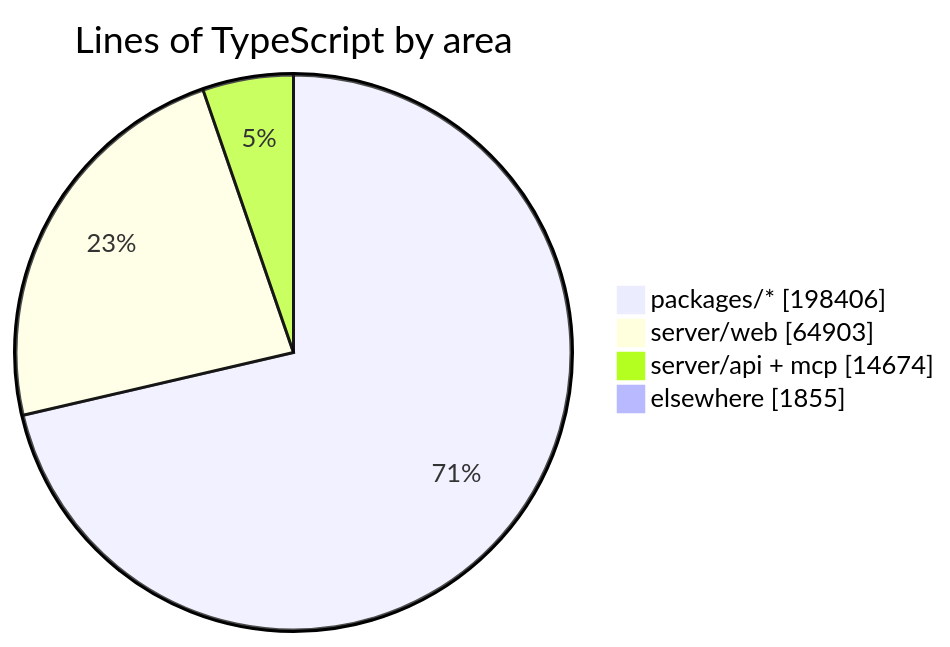
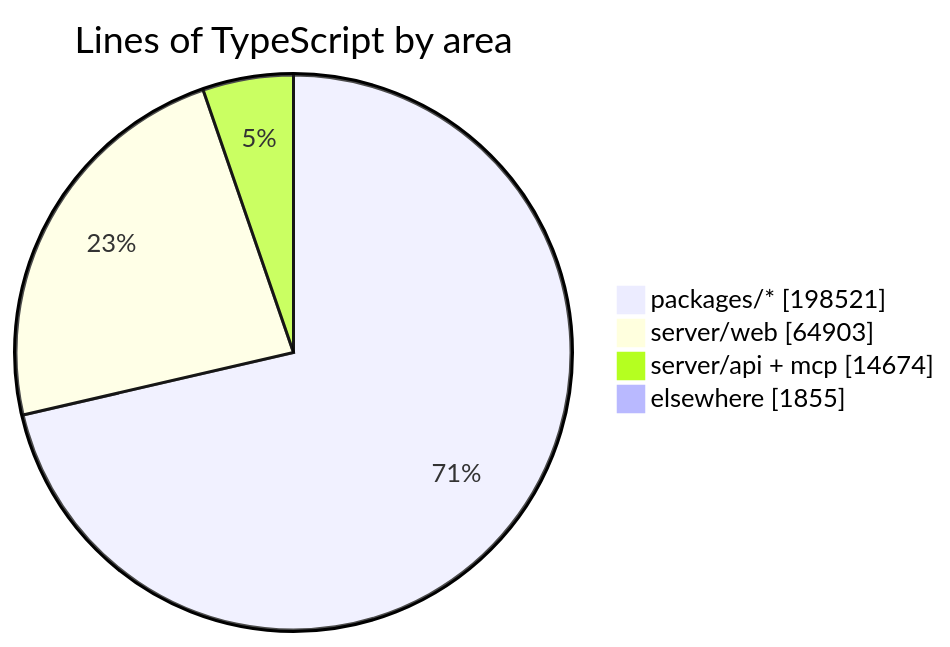
Before and after one commit to crossworks-engineering/mantle: the diagram in README.md, drawn with Mermaid. The commit also changed other lines of this file and 2 other files, not shown here.

````diff
--- a/README.md
+++ b/README.md
@@ -287,7 +287,7 @@
 ```mermaid
 pie showData title Lines of TypeScript by area
-    "packages/*" : 198406
+    "packages/*" : 198521
     "server/web" : 64903
     "server/api + mcp" : 14674
     "elsewhere" : 1855
 ```
````
